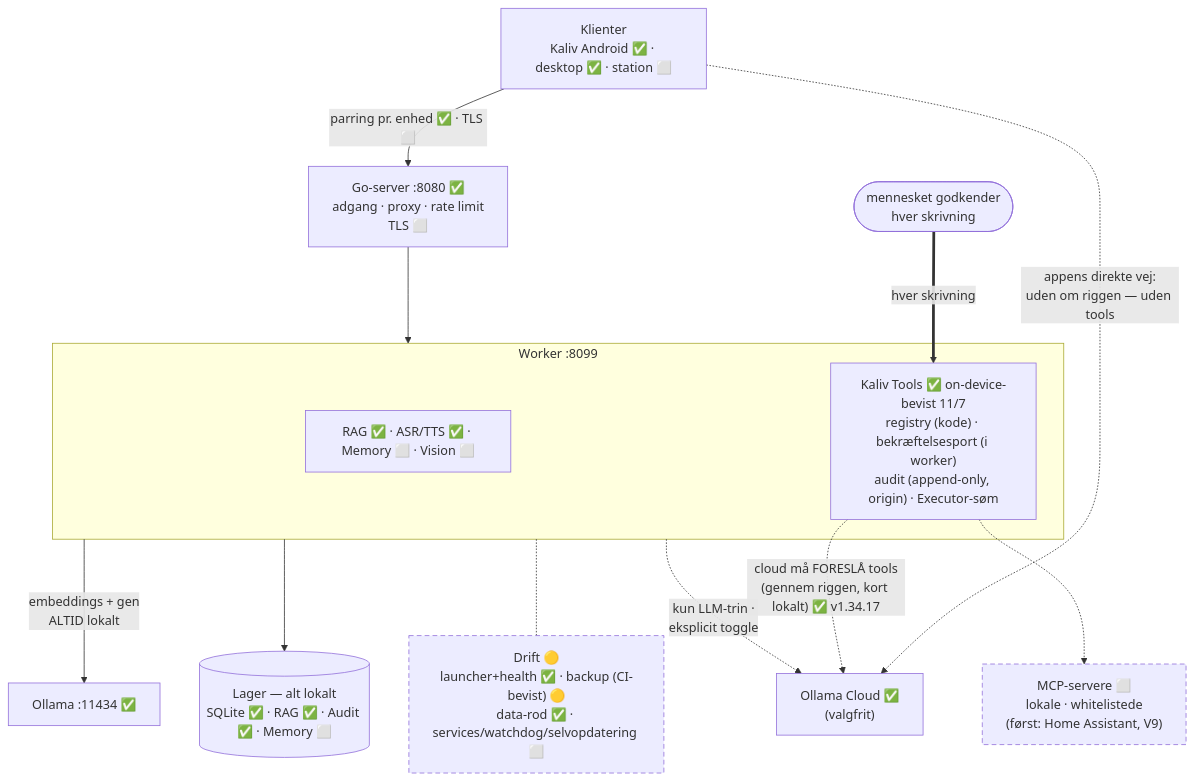
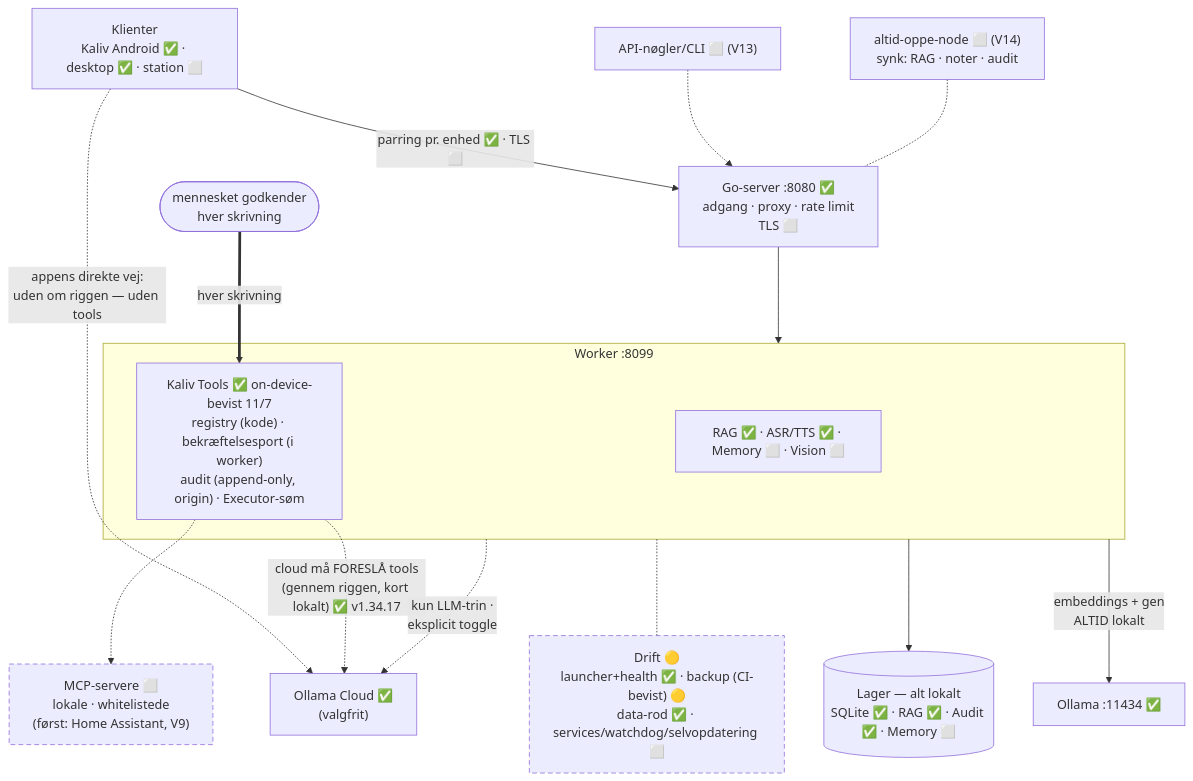
Before and after one commit to Ternedal/ModelRig: the second of 2 diagrams in ROADMAP.md, drawn with Mermaid. The commit also changed other lines of this file, not shown here.

````diff
--- a/ROADMAP.md
+++ b/ROADMAP.md
@@ -654,30 +762,33 @@
 ```mermaid
 flowchart TB
     Clients["Klienter<br/>Kaliv Android ✅ · desktop ✅ · station ⬜"]
     Go["Go-server :8080 ✅<br/>adgang · proxy · rate limit<br/>TLS ⬜"]
+    API["API-nøgler/CLI ⬜ (V13)"]
 
     subgraph W["Worker :8099"]
         Core["RAG ✅ · ASR/TTS ✅ · Memory ⬜ · Vision ⬜"]
         T["Kaliv Tools ✅ on-device-bevist 11/7<br/>registry (kode) · bekræftelsesport (i worker)<br/>audit (append-only, origin) · Executor-søm"]
     end
 
     Human(["mennesket godkender<br/>hver skrivning"])
     MCP["MCP-servere ⬜<br/>lokale · whitelistede<br/>(først: Home Assistant, V9)"]
     OL["Ollama :11434 ✅"]
     OC["Ollama Cloud ✅<br/>(valgfrit)"]
     Lager[("Lager — alt lokalt<br/>SQLite ✅ · RAG ✅ · Audit ✅ · Memory ⬜")]
     Drift["Drift 🟡<br/>launcher+health ✅ · backup (CI-bevist) 🟡<br/>data-rod ✅ · services/watchdog/selvopdatering ⬜"]
 
     Clients -- "parring pr. enhed ✅ · TLS ⬜" --> Go --> W
     Clients -. "appens direkte vej:<br/>uden om riggen — uden tools" .-> OC
     T -. "cloud må FORESLÅ tools<br/>(gennem riggen, kort lokalt) ✅ v1.34.17" .-> OC
     Human == "hver skrivning" ==> T
     T -.-> MCP
     W -- "embeddings + gen<br/>ALTID lokalt" --> OL
     W -. "kun LLM-trin ·<br/>eksplicit toggle" .-> OC
     W --> Lager
     W -.- Drift
+    API -.-> Go
+    Node2["altid-oppe-node ⬜ (V14)<br/>synk: RAG · noter · audit"] -.- Go
 
     classDef plan stroke-dasharray: 6 4;
     class MCP,Drift plan;
 ```
````
